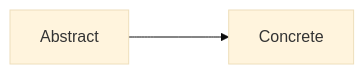
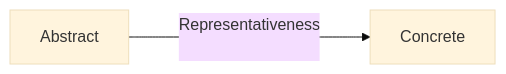
The third of 3 diagrams in content/posts/training_plan_dev/index.qmd (UF-SPLab/open-neuro), drawn with Mermaid (base theme) before and after one commit. The commit also changed other lines of this file, not shown here.

````diff
--- a/content/posts/training_plan_dev/index.qmd
+++ b/content/posts/training_plan_dev/index.qmd
@@ -71,8 +71,8 @@
 ```{mermaid, echo=FALSE, warning=FALSE, message=FALSE, fig.width=9, fig.height=3}
 
 
 graph LR;
-    A[Abstract] ---> B[Concrete]
+    A[Abstract] ---> |Representativeness </br> </br> </tab> | B[Concrete]
 
 
 ```
````
